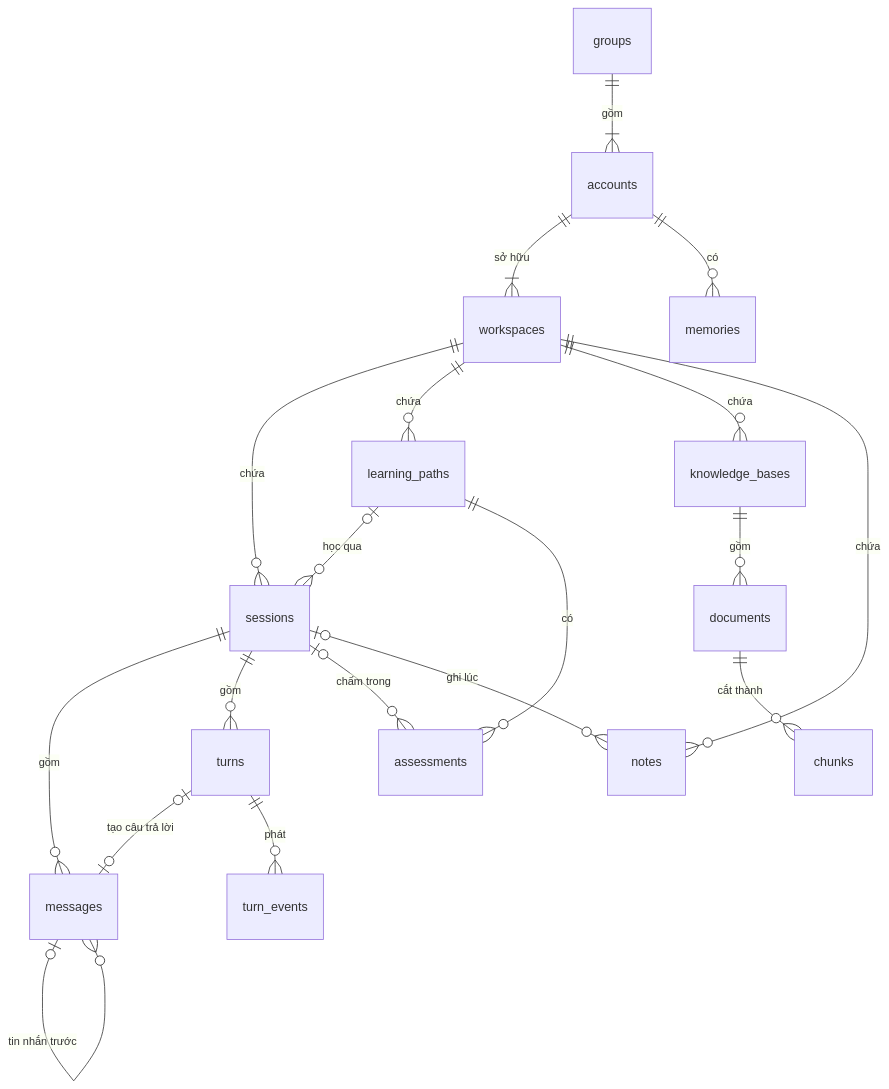
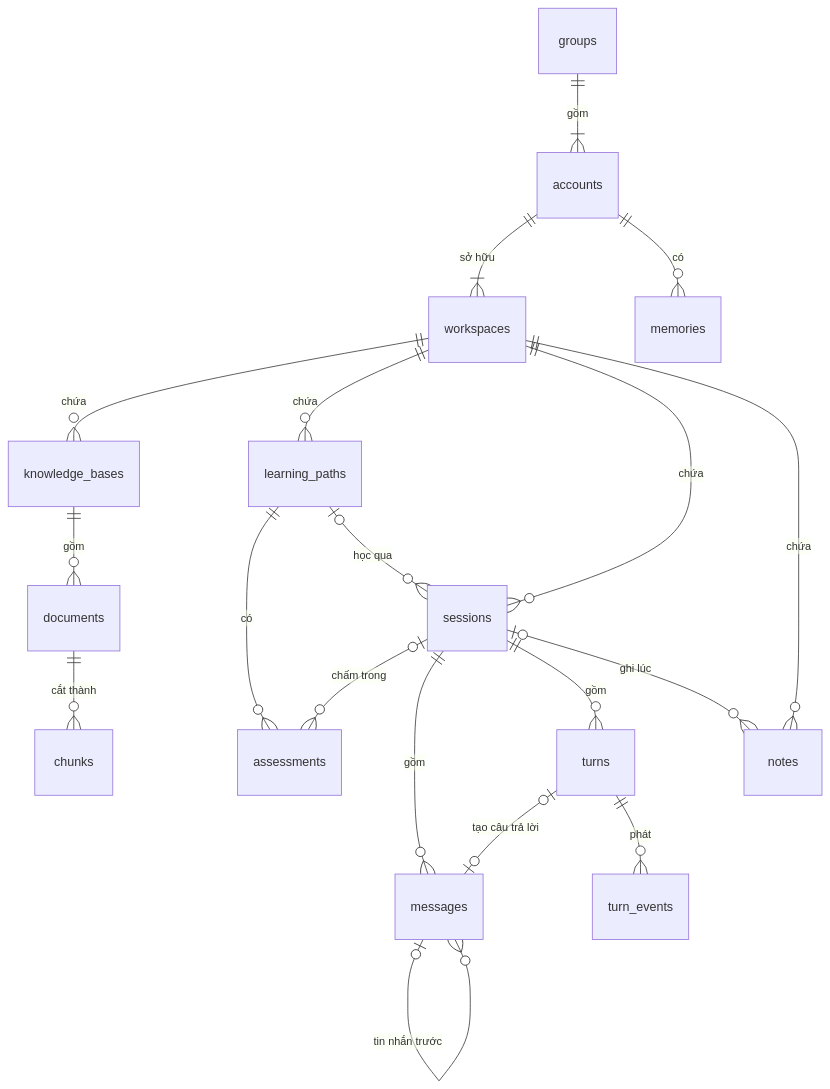
One commit to minhhai205/masterly changed the diagram in docs/design/co-so-du-lieu.md. Above: the diagram before and after it, drawn with Mermaid. The commit also changed other lines of this file, not shown here.

Commit message:
docs: reorder the ER diagram so no relation lines cross

````diff
--- a/docs/design/co-so-du-lieu.md
+++ b/docs/design/co-so-du-lieu.md
@@ -30,21 +30,21 @@
 ```mermaid
 erDiagram
     groups ||--|{ accounts : "gồm"
     accounts ||--|{ workspaces : "sở hữu"
     accounts ||--o{ memories : "có"
+    workspaces ||--o{ knowledge_bases : "chứa"
+    knowledge_bases ||--o{ documents : "gồm"
+    documents ||--o{ chunks : "cắt thành"
+    workspaces ||--o{ learning_paths : "chứa"
+    learning_paths ||--o{ assessments : "có"
+    learning_paths |o--o{ sessions : "học qua"
     workspaces ||--o{ sessions : "chứa"
-    workspaces ||--o{ learning_paths : "chứa"
-    workspaces ||--o{ knowledge_bases : "chứa"
-    workspaces ||--o{ notes : "chứa"
+    sessions |o--o{ assessments : "chấm trong"
     sessions ||--o{ messages : "gồm"
-    messages |o--o{ messages : "tin nhắn trước"
     sessions ||--o{ turns : "gồm"
     turns |o--o| messages : "tạo câu trả lời"
+    messages |o--o{ messages : "tin nhắn trước"
     turns ||--o{ turn_events : "phát"
-    learning_paths |o--o{ sessions : "học qua"
-    learning_paths ||--o{ assessments : "có"
-    sessions |o--o{ assessments : "chấm trong"
     sessions |o--o{ notes : "ghi lúc"
-    knowledge_bases ||--o{ documents : "gồm"
-    documents ||--o{ chunks : "cắt thành"
+    workspaces ||--o{ notes : "chứa"
 ```
````
